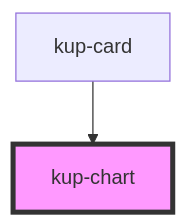
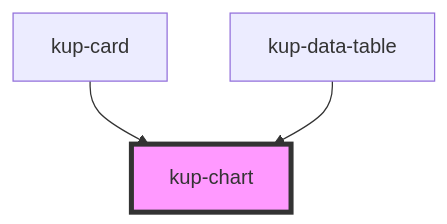
One commit to smeup/ketchup changed the diagram in packages/ketchup/src/components/kup-chart/readme.md. Above: the diagram before and after it, drawn with Mermaid. The commit also changed other lines of this file and 8 other files, not shown here.

````diff
--- a/packages/ketchup/src/components/kup-chart/readme.md
+++ b/packages/ketchup/src/components/kup-chart/readme.md
@@ -60,5 +61,6 @@
 ```mermaid
 graph TD;
   kup-card --> kup-chart
+  kup-data-table --> kup-chart
   style kup-chart fill:#f9f,stroke:#333,stroke-width:4px
 ```
````
